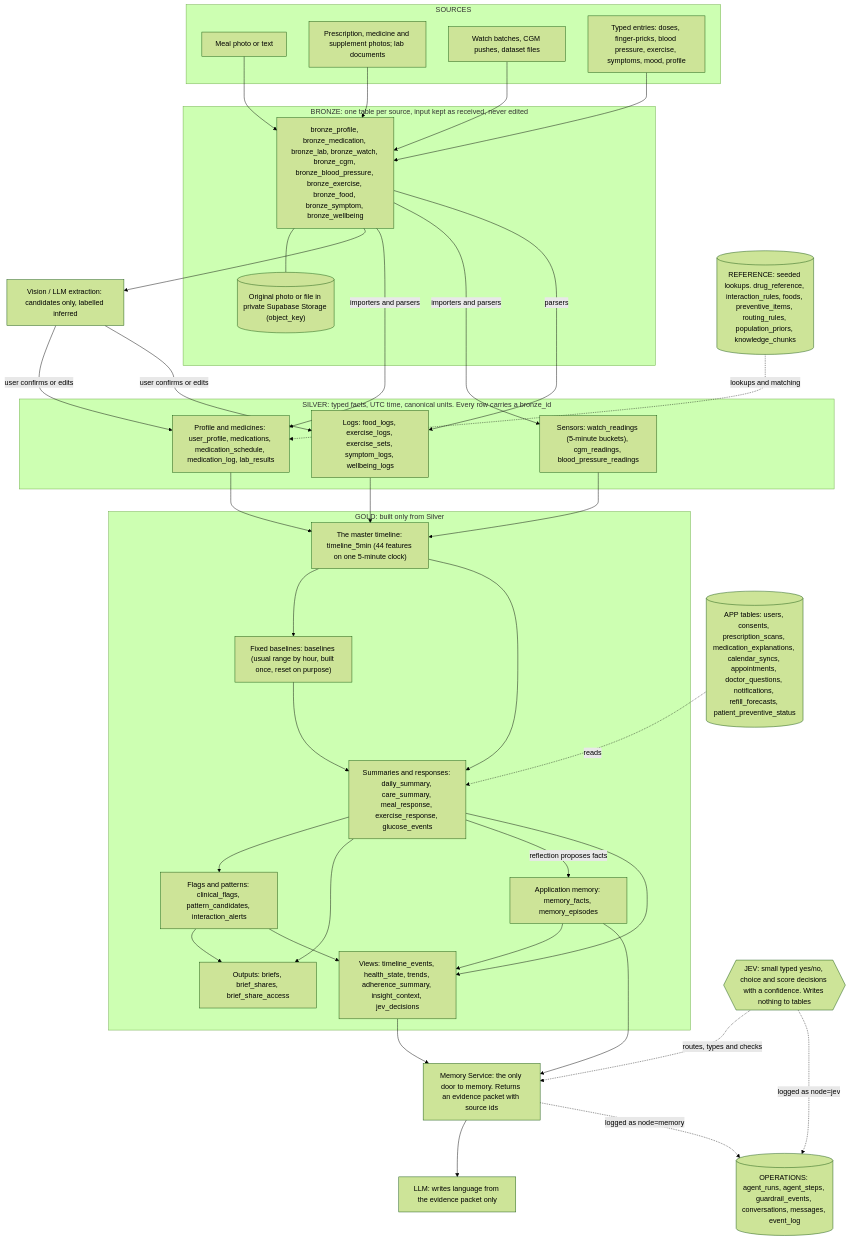
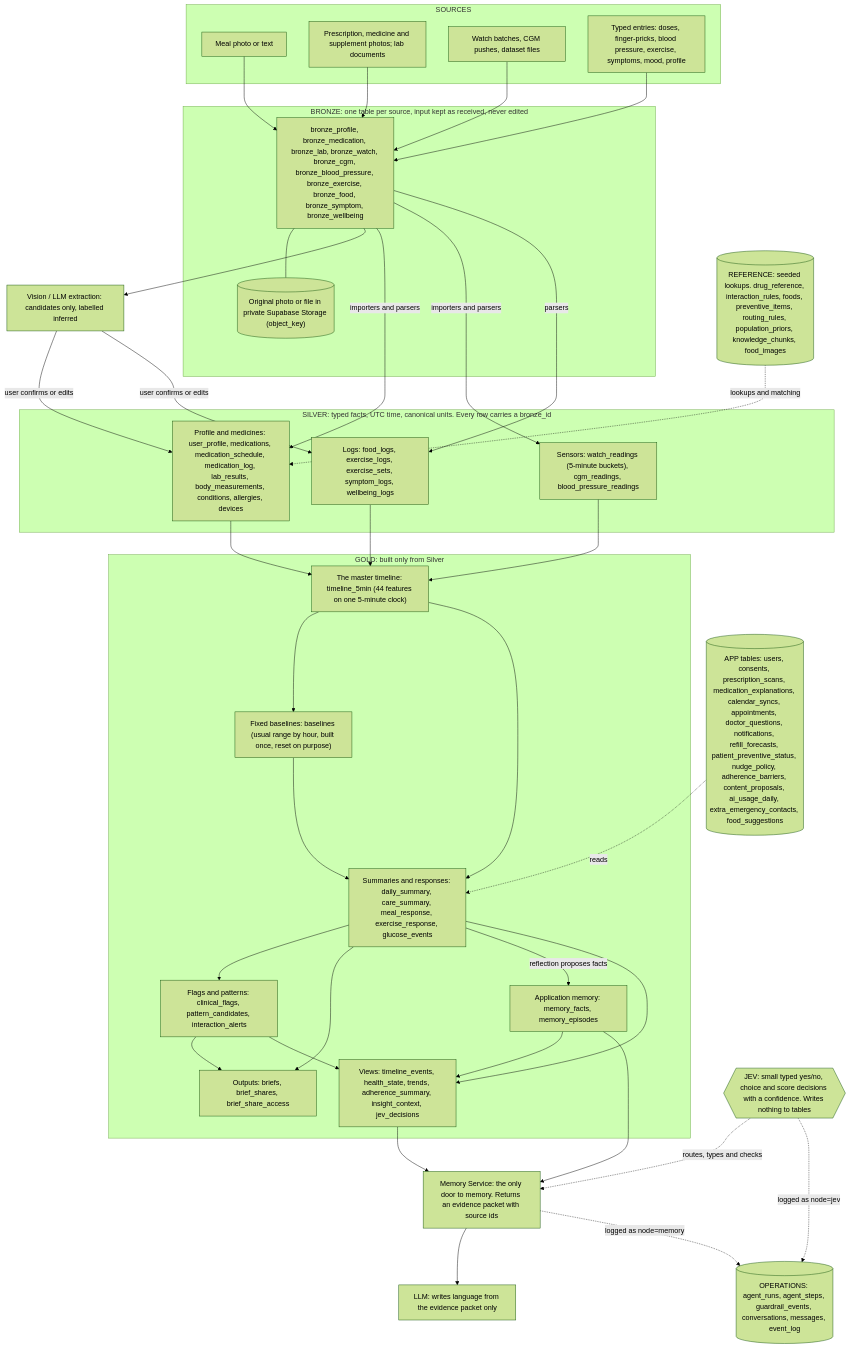
Before and after one commit to hongyeeet/smart-health: the first of 3 diagrams in docs/specs/data-flow.md, drawn with Mermaid (forest theme). The commit also changed other lines of this file and 26 other files, not shown here.

````diff
--- a/docs/specs/data-flow.md
+++ b/docs/specs/data-flow.md
@@ -7,73 +16,73 @@
 ```mermaid
 flowchart TB
   subgraph SRC["SOURCES"]
     S1["Meal photo or text"]
     S2["Prescription, medicine and supplement photos; lab documents"]
     S3["Watch batches, CGM pushes, dataset files"]
     S4["Typed entries: doses, finger-pricks, blood pressure, exercise, symptoms, mood, profile"]
   end
 
   subgraph BRZ["BRONZE: one table per source, input kept as received, never edited"]
     B1["bronze_profile, bronze_medication, bronze_lab, bronze_watch, bronze_cgm, bronze_blood_pressure, bronze_exercise, bronze_food, bronze_symptom, bronze_wellbeing"]
     B2[("Original photo or file in private Supabase Storage (object_key)")]
   end
 
   AI["Vision / LLM extraction: candidates only, labelled inferred"]
 
   subgraph SLV["SILVER: typed facts, UTC time, canonical units. Every row carries a bronze_id"]
-    V1["Profile and medicines: user_profile, medications, medication_schedule, medication_log, lab_results"]
+    V1["Profile and medicines: user_profile, medications, medication_schedule, medication_log, lab_results, body_measurements, conditions, allergies, devices"]
     V2["Sensors: watch_readings (5-minute buckets), cgm_readings, blood_pressure_readings"]
     V3["Logs: food_logs, exercise_logs, exercise_sets, symptom_logs, wellbeing_logs"]
   end
 
-  APP[("APP tables: users, consents, prescription_scans, medication_explanations, calendar_syncs, appointments, doctor_questions, notifications, refill_forecasts, patient_preventive_status")]
-  REF[("REFERENCE: seeded lookups. drug_reference, interaction_rules, foods, preventive_items, routing_rules, population_priors, knowledge_chunks")]
+  APP[("APP tables: users, consents, prescription_scans, medication_explanations, calendar_syncs, appointments, doctor_questions, notifications, refill_forecasts, patient_preventive_status, nudge_policy, adherence_barriers, content_proposals, ai_usage_daily, extra_emergency_contacts, food_suggestions")]
+  REF[("REFERENCE: seeded lookups. drug_reference, interaction_rules, foods, preventive_items, routing_rules, population_priors, knowledge_chunks, food_images")]
 
   subgraph GLD["GOLD: built only from Silver"]
     G1["The master timeline: timeline_5min (44 features on one 5-minute clock)"]
     G2["Fixed baselines: baselines (usual range by hour, built once, reset on purpose)"]
     G3["Summaries and responses: daily_summary, care_summary, meal_response, exercise_response, glucose_events"]
     G4["Flags and patterns: clinical_flags, pattern_candidates, interaction_alerts"]
     G5["Application memory: memory_facts, memory_episodes"]
     G6["Outputs: briefs, brief_shares, brief_share_access"]
     G7["Views: timeline_events, health_state, trends, adherence_summary, insight_context, jev_decisions"]
   end
 
   MS["Memory Service: the only door to memory. Returns an evidence packet with source ids"]
   JEV{{"JEV: small typed yes/no, choice and score decisions with a confidence. Writes nothing to tables"}}
   LLM["LLM: writes language from the evidence packet only"]
   OPS[("OPERATIONS: agent_runs, agent_steps, guardrail_events, conversations, messages, event_log")]
 
   S1 --> B1
   S2 --> B1
   S3 --> B1
   S4 --> B1
   B1 --- B2
   B1 --> AI
   AI -->|"user confirms or edits"| V1
   AI -->|"user confirms or edits"| V3
   B1 -->|"importers and parsers"| V1
   B1 -->|"importers and parsers"| V2
   B1 -->|"parsers"| V3
   REF -.->|"lookups and matching"| V1
   V1 --> G1
   V2 --> G1
   V3 --> G1
   G1 --> G2
   G1 --> G3
   G2 --> G3
   G3 --> G4
   APP -.->|"reads"| G3
   G3 --> G6
   G4 --> G6
   G3 -->|"reflection proposes facts"| G5
   G3 --> G7
   G4 --> G7
   G5 --> G7
   G7 --> MS
   G5 --> MS
   JEV -.->|"routes, types and checks"| MS
   MS --> LLM
   JEV -.->|"logged as node=jev"| OPS
   MS -.->|"logged as node=memory"| OPS
 ```
````
